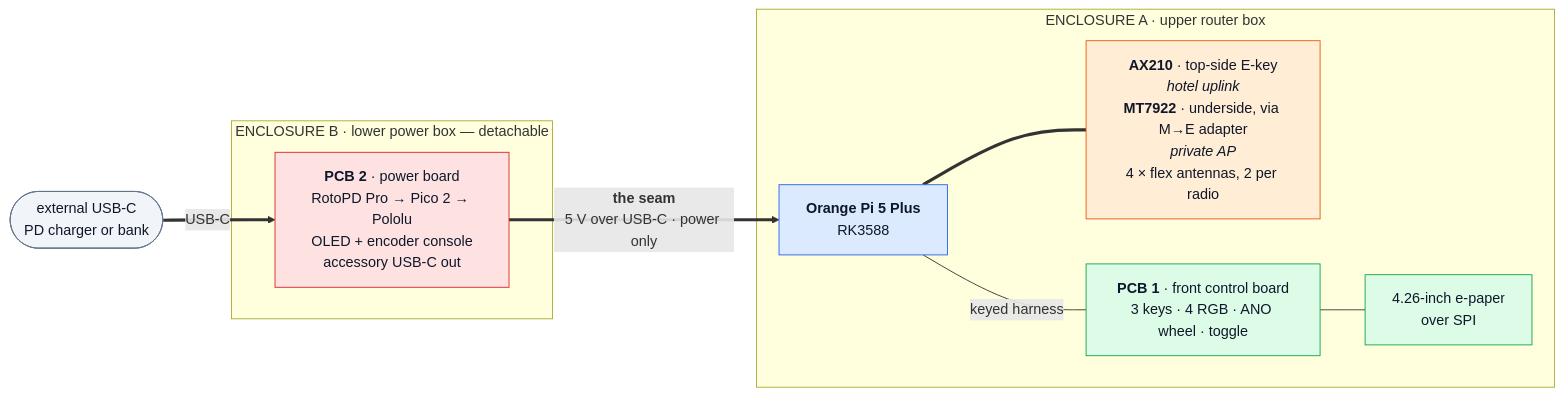
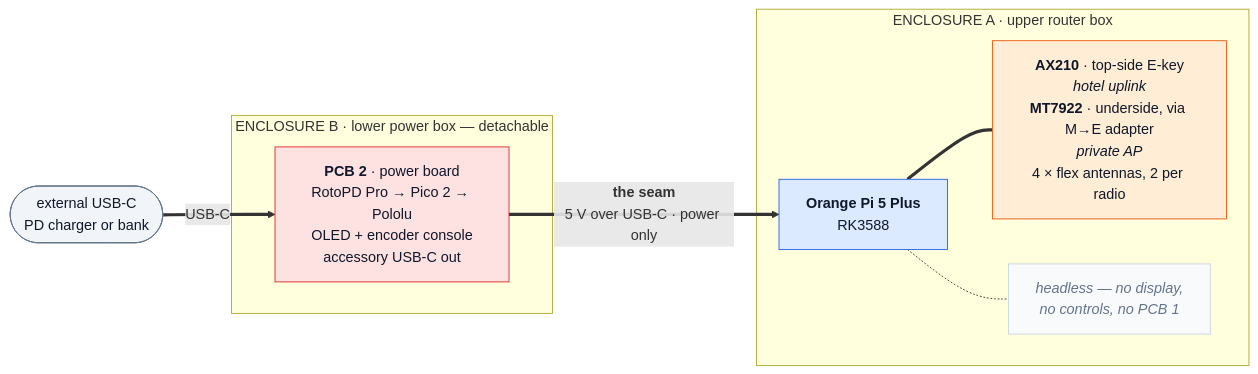
Before and after one commit to ParkWardRR/vezha: the diagram in README.md, drawn with Mermaid. The commit also changed other lines of this file and 13 other files, not shown here.

````diff
--- a/README.md
+++ b/README.md
@@ -74,27 +82,26 @@
 ```mermaid
 flowchart LR
     CHG([external USB-C<br/>PD charger or bank]):::ext
 
     subgraph B["ENCLOSURE B · lower power box — detachable"]
         PCB2["<b>PCB 2</b> · power board<br/>RotoPD Pro → Pico 2 → Pololu<br/>OLED + encoder console<br/>accessory USB-C out"]:::pwr
     end
 
     subgraph A["ENCLOSURE A · upper router box"]
         PI["<b>Orange Pi 5 Plus</b><br/>RK3588"]:::core
         RAD["<b>AX210</b> · top-side E-key<br/><i>hotel uplink</i><br/><b>MT7922</b> · underside, via M→E adapter<br/><i>private AP</i><br/>4 × flex antennas, 2 per radio"]:::rf
-        PCB1["<b>PCB 1</b> · front control board<br/>3 keys · 4 RGB · ANO wheel · toggle"]:::ctl
-        DISP["4.26-inch e-paper<br/>over SPI"]:::ctl
+        HL["<i>headless — no display,<br/>no controls, no PCB 1</i>"]:::ghost
         PI === RAD
-        PI ---|keyed harness| PCB1
-        PCB1 --- DISP
+        PI -.- HL
     end
 
     CHG ==>|USB-C| PCB2
     PCB2 ==>|"<b>the seam</b><br/>5 V over USB-C · power only"| PI
 
     classDef ext  fill:#f1f5f9,stroke:#64748b,color:#0f172a
     classDef pwr  fill:#fee2e2,stroke:#dc2626,color:#0f172a
     classDef ctl  fill:#dcfce7,stroke:#16a34a,color:#0f172a
     classDef core fill:#dbeafe,stroke:#2563eb,color:#0f172a
     classDef rf   fill:#ffedd5,stroke:#ea580c,color:#0f172a
+    classDef ghost fill:#f8fafc,stroke:#cbd5e1,color:#64748b
 ```
````
